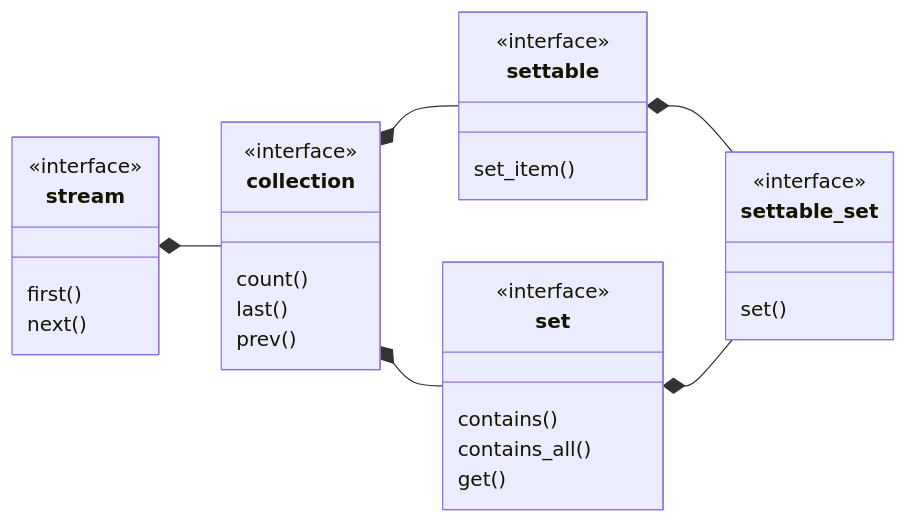
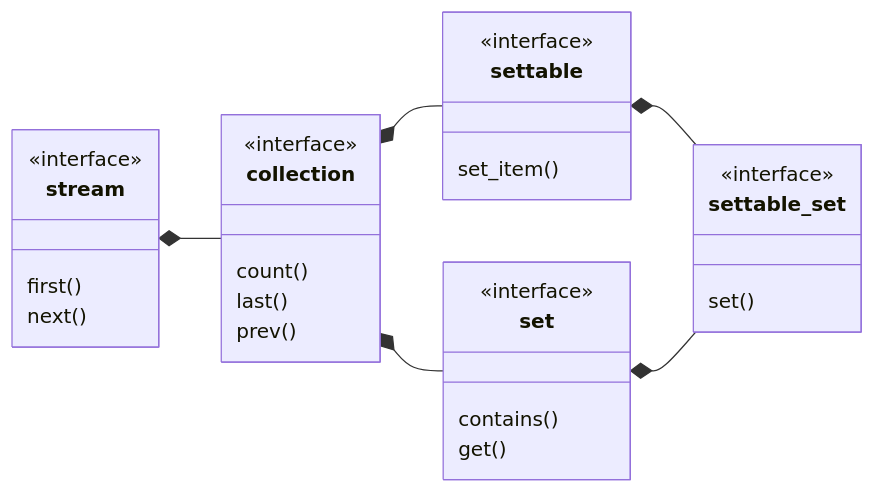
One commit to pretore/aquarium-butterflyfish changed the diagram in doc/settable_set.md. Above: the diagram before and after it, drawn with Mermaid. The commit also changed 387 other files, not shown here.

````diff
--- a/doc/settable_set.md
+++ b/doc/settable_set.md
@@ -3,34 +3,33 @@
 ```mermaid
 classDiagram
     direction LR
     class stream {
         first()
         next()
     }
     <<interface>> stream
     class collection {
         count()
         last()
         prev()
     }
     <<interface>> collection
     stream *-- collection
     class settable {
         set_item()
     }
     <<interface>> settable
     collection *-- settable
     class set {
         contains()
-        contains_all()
         get()
     }
     <<interface>> set
     collection *-- set
     class settable_set {
         set()
     } 
     <<interface>> settable_set
     settable *-- settable_set
     set *-- settable_set
 ```
````
